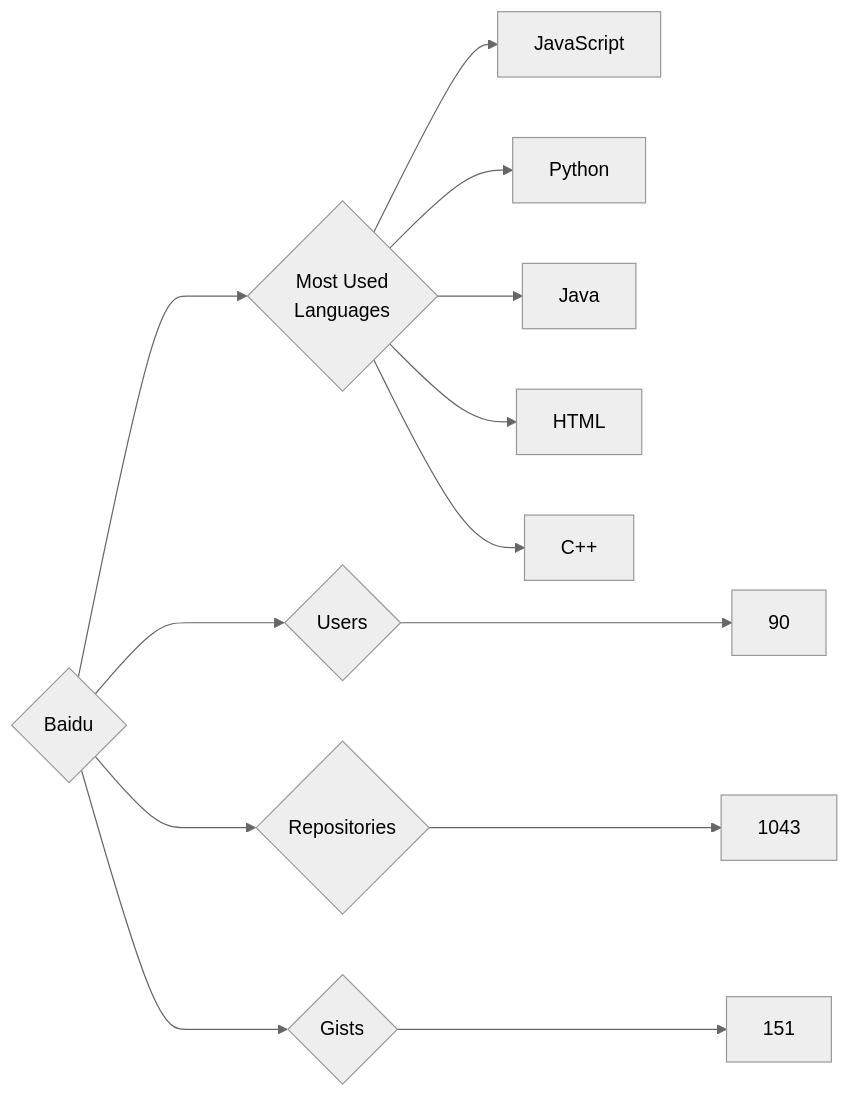
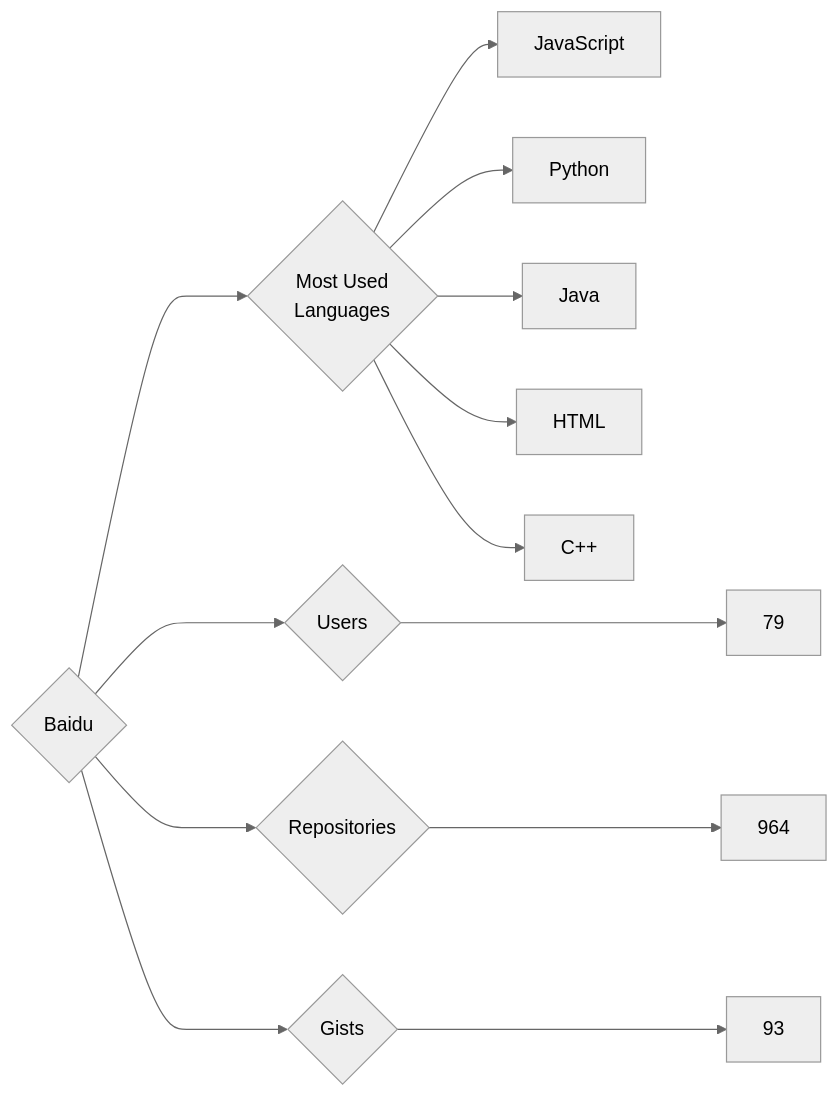
The diagram in targets/Baidu/README.md (trickest/insiders), drawn with Mermaid (neutral theme) before and after one commit. The commit also changed 715 other files, not shown here.

````diff
--- a/targets/Baidu/README.md
+++ b/targets/Baidu/README.md
@@ -3,13 +3,13 @@
 ```mermaid
 graph LR
 COMPANY_NAME{Baidu}
-COMPANY_NAME ---> U{Users} ---> UN[90]
-COMPANY_NAME ---> R{Repositories} ---> RN[1043]
-COMPANY_NAME ---> G{Gists} ---> GN[151]
+COMPANY_NAME ---> U{Users} ---> UN[79]
+COMPANY_NAME ---> R{Repositories} ---> RN[964]
+COMPANY_NAME ---> G{Gists} ---> GN[93]
 COMPANY_NAME ---> ML{Most Used<br>Languages}
 ML --> JavaScript[JavaScript]
 ML --> Python[Python]
 ML --> Java[Java]
 ML --> HTML[HTML]
 ML --> C++[C++]
 ```
````
